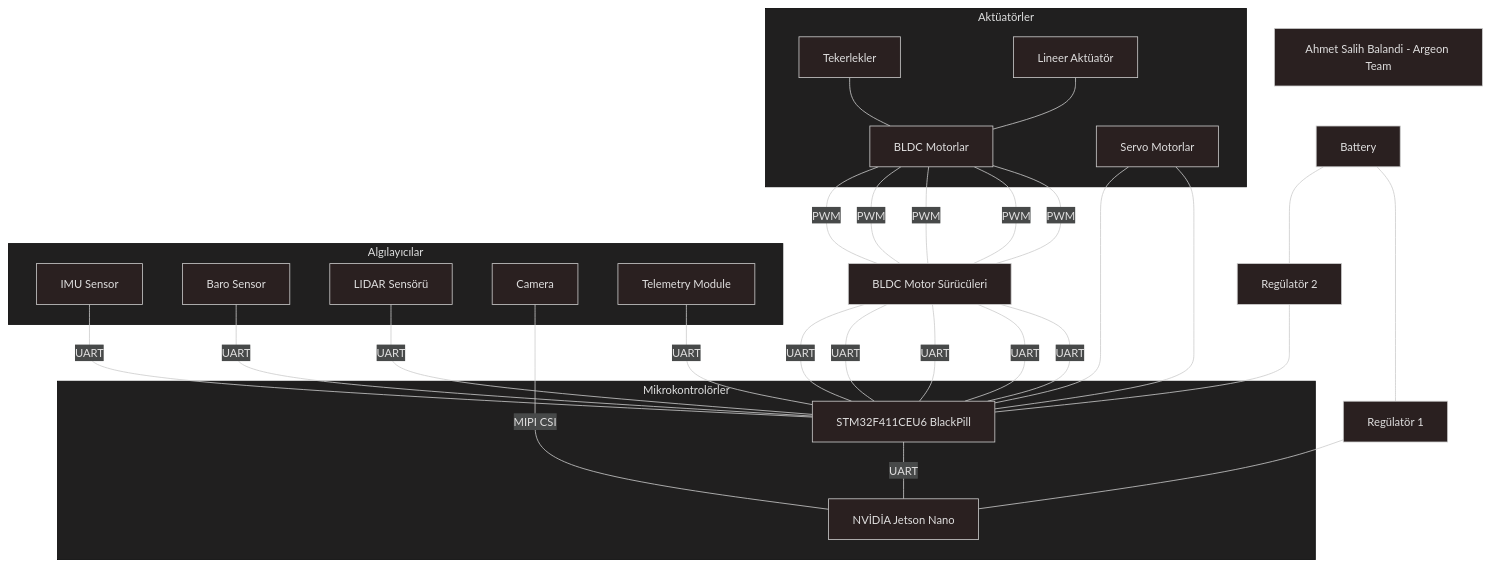
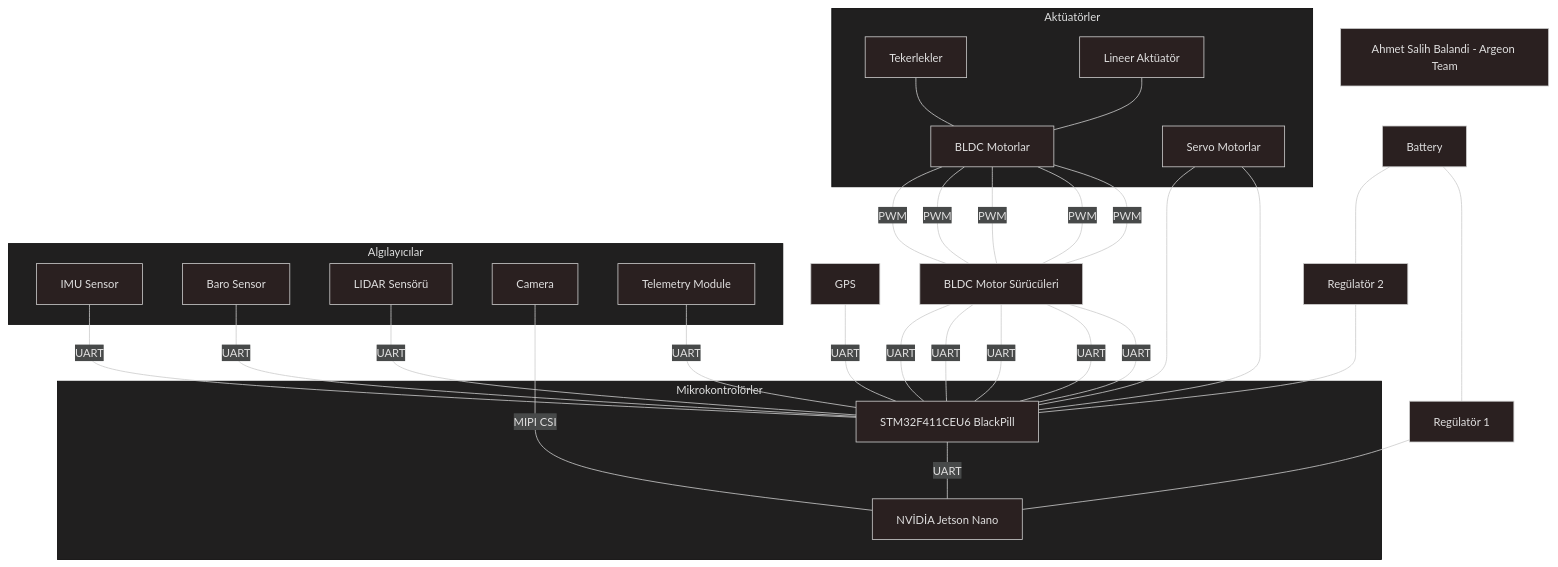
Before and after one commit to ahmetsalihbalandi/autopilot: the diagram in autopilot_diagram.md, drawn with Mermaid.

````diff
--- a/autopilot_diagram.md
+++ b/autopilot_diagram.md
@@ -1,38 +1,39 @@
 ```mermaid
 ---
 config:
   theme: neo-dark
 ---
 flowchart TD
  subgraph s1["Mikrokontrolörler"]
         Jetson_Nano["NVİDİA Jetson Nano"]
         STM["STM32F411CEU6 BlackPill"]
   end
  subgraph s2["Algılayıcılar"]
         IMU["IMU Sensor"]
         Baro["Baro Sensor"]
         LIDAR["LIDAR Sensörü"]
         Camera["Camera"]
         Telemetry["Telemetry Module"]
   end
  subgraph s3["Aktüatörler"]
         Motors["BLDC Motorlar"]
         sMotors["Servo Motorlar"]
 	teker["Tekerlekler"]
 	lineer["Lineer Aktüatör"]
   end
     lineer & teker --- Motors -- PWM --- Drivers["BLDC Motor Sürücüleri"] & Drivers & Drivers & Drivers & Drivers
     Drivers -- UART --- STM & STM & STM & STM & STM
     LIDAR -- UART --- STM
     IMU -- UART --- STM
     Baro -- UART --- STM
     Telemetry -- UART --- STM
+    GPS -- UART --- STM
     Camera -- MIPI CSI --- Jetson_Nano
     STM -- UART --- Jetson_Nano
     Battery["Battery"] --- Regulator1["Regülatör 1"] & Regulator2["Regülatör 2"]
     Regulator1 --- Jetson_Nano
     Regulator2 --- STM
     sMotors --- STM & STM
 classDef footer fill:none,stroke:none,color:#000, font-style:italic;
 footer["Ahmet Salih Balandi - Argeon Team"]
 ```
````
